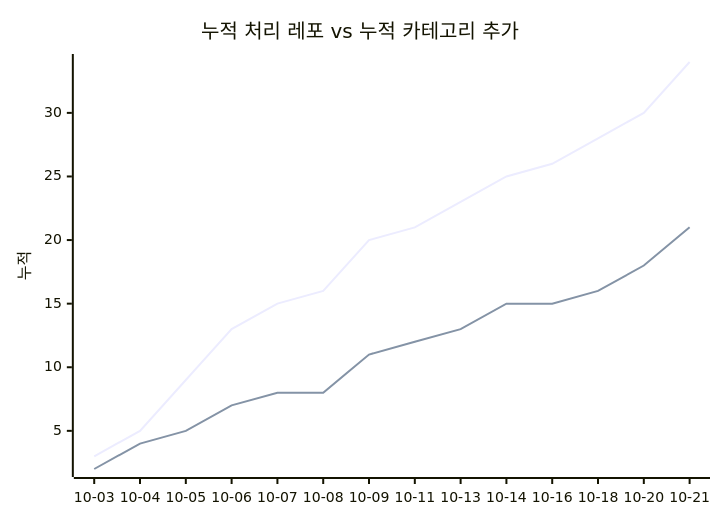
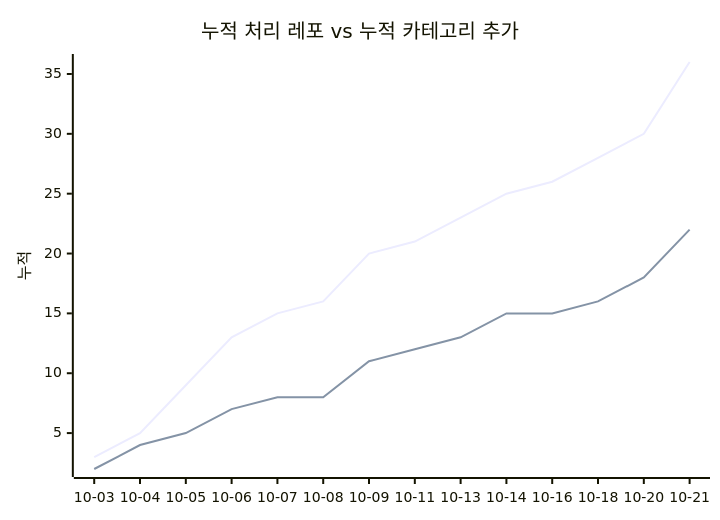
Before and after one commit to J-nowcow/awesome-korean-agent-skills: the second of 2 diagrams in docs/trends.md, drawn with Mermaid. The commit also changed other lines of this file and 4 other files, not shown here.

````diff
--- a/docs/trends.md
+++ b/docs/trends.md
@@ -68,8 +68,8 @@
 ```mermaid
 xychart-beta
     title "누적 처리 레포 vs 누적 카테고리 추가"
     x-axis ["10-03","10-04","10-05","10-06","10-07","10-08","10-09","10-11","10-13","10-14","10-16","10-18","10-20","10-21"]
     y-axis "누적"
-    line [3,5,9,13,15,16,20,21,23,25,26,28,30,34]
-    line [2,4,5,7,8,8,11,12,13,15,15,16,18,21]
+    line [3,5,9,13,15,16,20,21,23,25,26,28,30,36]
+    line [2,4,5,7,8,8,11,12,13,15,15,16,18,22]
 ```
````
